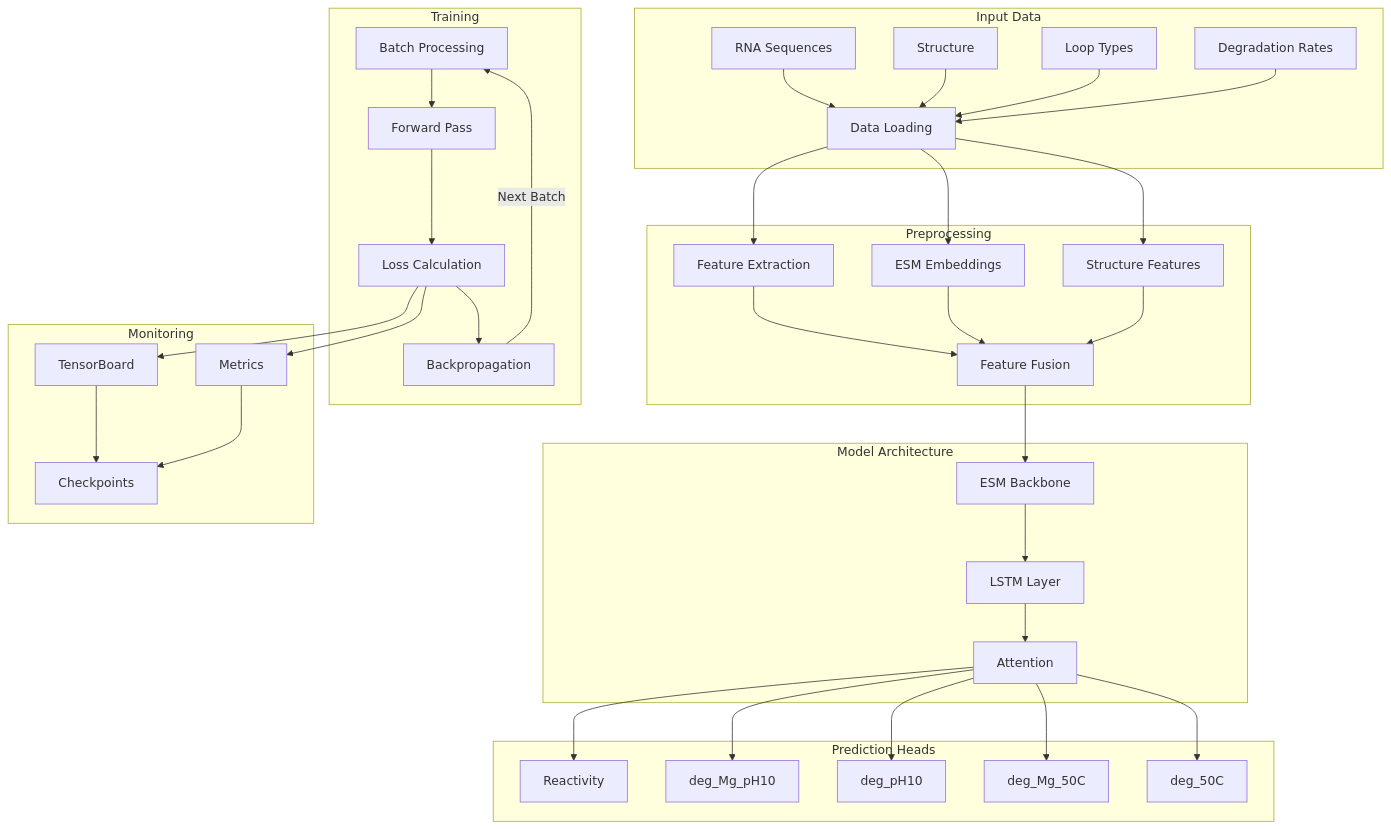
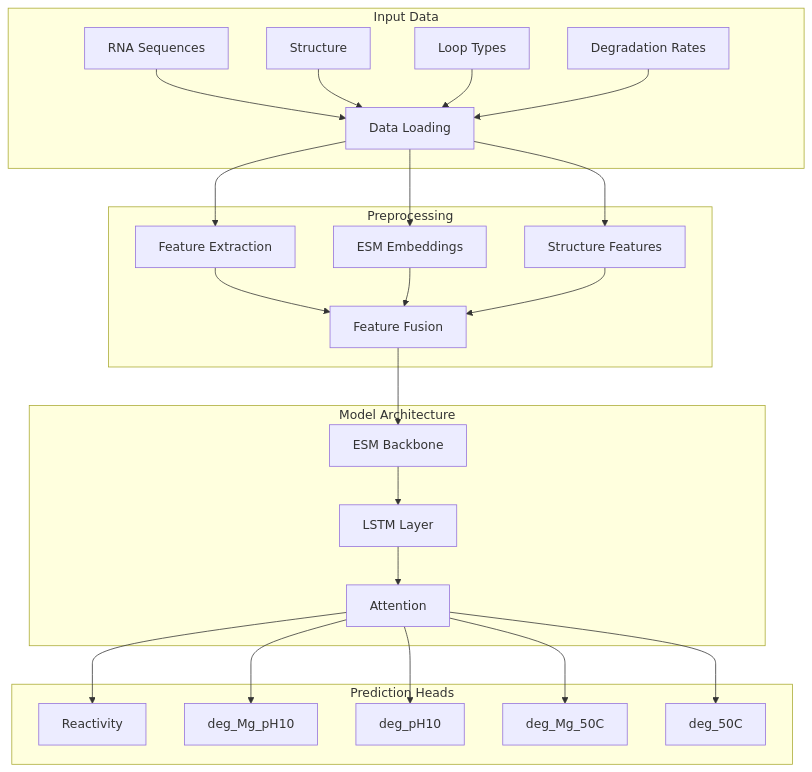
Before and after one commit to brikjr/RNA-degradation-esm: the second of 2 diagrams in README.md, drawn with Mermaid.

Commit message:
Model arch README

````diff
--- a/README.md
+++ b/README.md
@@ -8,50 +27,34 @@
 ```mermaid
 graph TB
     subgraph Input Data
         A1[RNA Sequences]:::inputNode
         A2[Structure]:::inputNode
         A3[Loop Types]:::inputNode
         A4[Degradation Rates]:::inputNode
         A1 & A2 & A3 & A4 --> B1[Data Loading]:::processNode
     end
 
     subgraph Preprocessing
         C1[Feature Extraction]:::processNode
         C2[ESM Embeddings]:::processNode
         C3[Structure Features]:::processNode
         B1 --> C1 & C2 & C3
         C1 & C2 & C3 --> C4[Feature Fusion]:::processNode
     end
 
     subgraph Model Architecture
         D1[ESM Backbone]:::modelNode
         D2[LSTM Layer]:::modelNode
         D3[Attention]:::modelNode
         C4 --> D1 --> D2 --> D3
     end
 
     subgraph Prediction Heads
         E1[Reactivity]:::outputNode
         E2[deg_Mg_pH10]:::outputNode
         E3[deg_pH10]:::outputNode
         E4[deg_Mg_50C]:::outputNode
         E5[deg_50C]:::outputNode
         D3 --> E1 & E2 & E3 & E4 & E5
     end
-
-    subgraph Training
-        F1[Batch Processing]:::trainNode
-        F2[Forward Pass]:::trainNode
-        F3[Loss Calculation]:::trainNode
-        F4[Backpropagation]:::trainNode
-        F1 --> F2 --> F3 --> F4
-        F4 --> |Next Batch| F1
-    end
-
-    subgraph Monitoring
-        H1[TensorBoard]:::monitorNode
-        H2[Metrics]:::monitorNode
-        H3[Checkpoints]:::monitorNode
-        F3 --> H1 & H2 --> H3
-    end
 ```
````
